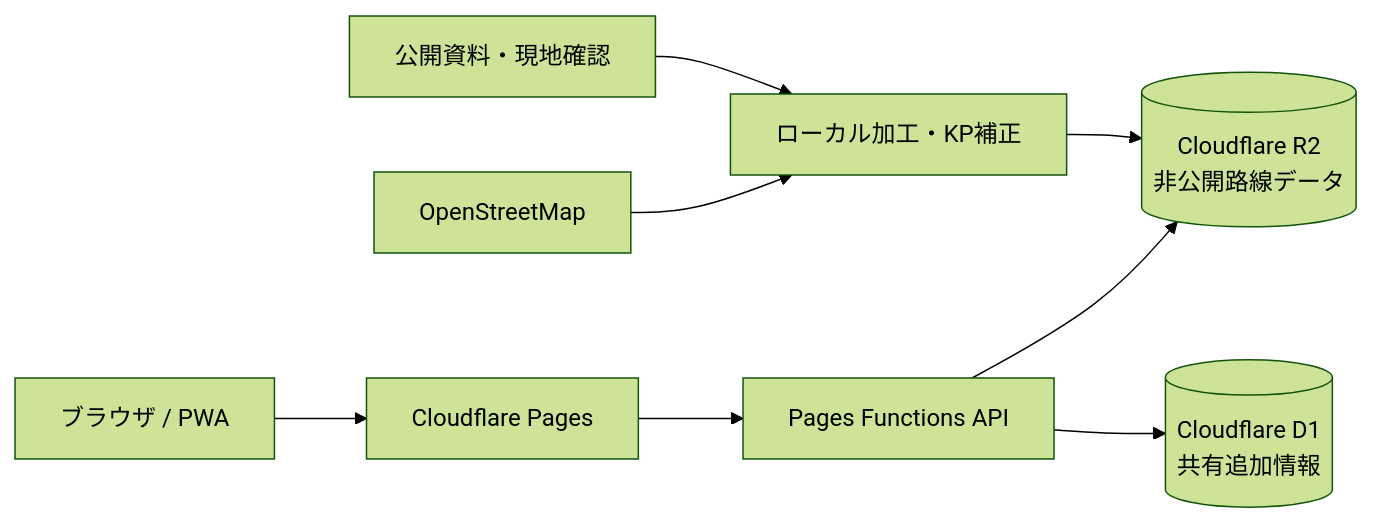
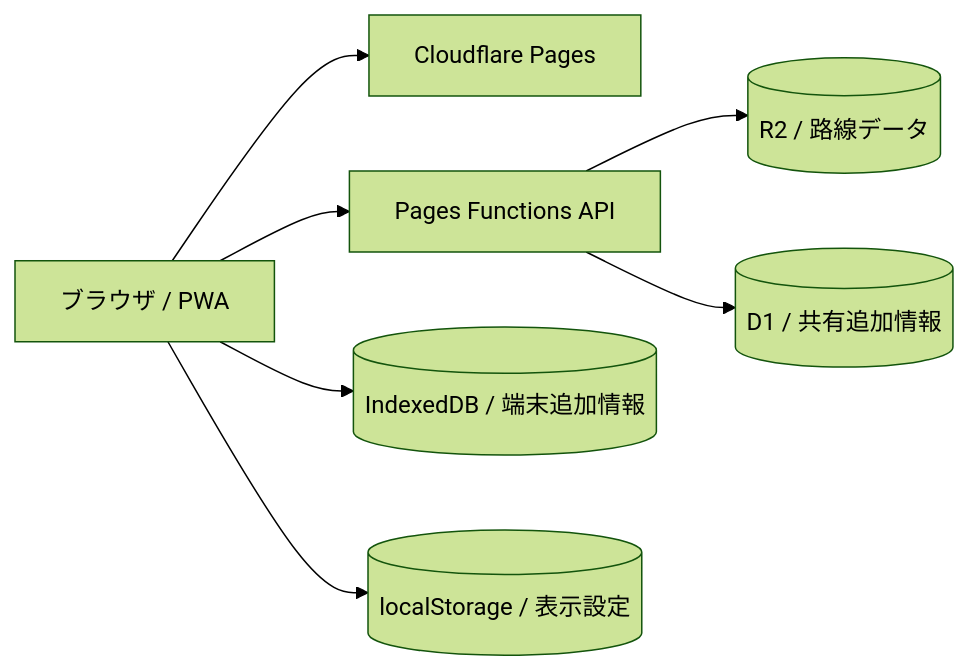
The diagram in README.md (shoxtechlab/highway-kp-viewer-public), drawn with Mermaid (forest theme) before and after one commit. The commit also changed other lines of this file and 11 other files, not shown here.

````diff
--- a/README.md
+++ b/README.md
@@ -106,10 +113,9 @@
 ```mermaid
 flowchart LR
-  U[ブラウザ / PWA] --> P[Cloudflare Pages]
-  P --> F[Pages Functions API]
-  F --> R[(Cloudflare R2\n非公開路線データ)]
-  F --> D[(Cloudflare D1\n共有追加情報)]
-  O[OpenStreetMap] --> C[ローカル加工・KP補正]
-  M[公開資料・現地確認] --> C
-  C --> R
+    B[ブラウザ / PWA] --> P[Cloudflare Pages]
+    B --> F[Pages Functions API]
+    F --> R[(R2 / 路線データ)]
+    F --> D[(D1 / 共有追加情報)]
+    B --> I[(IndexedDB / 端末追加情報)]
+    B --> L[(localStorage / 表示設定)]
 ```
````
